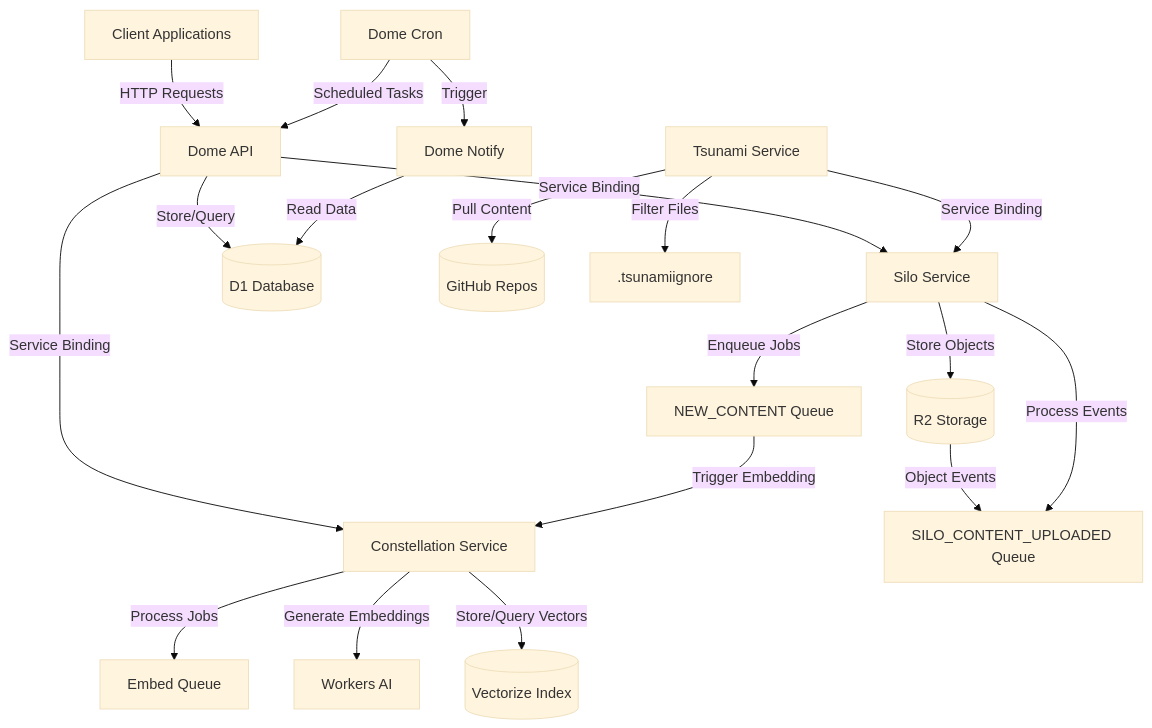
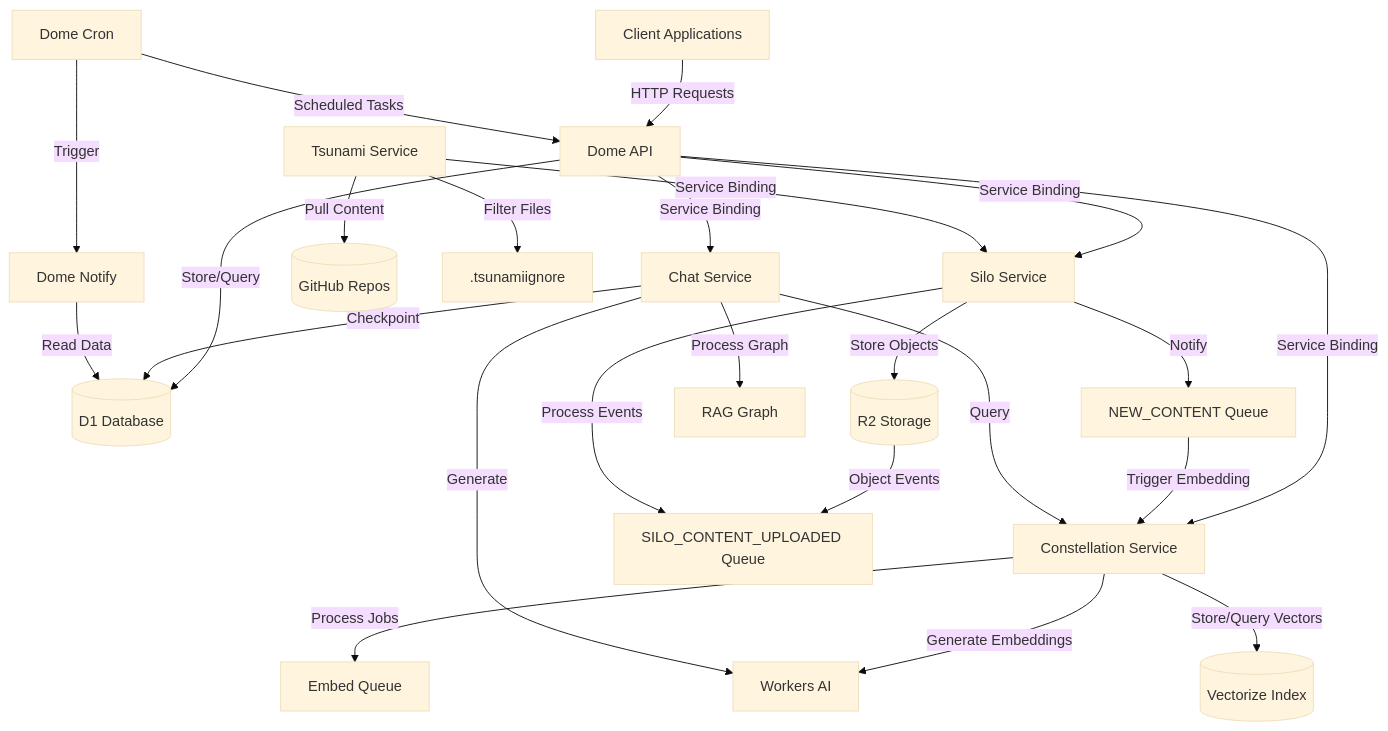
Before and after one commit to marktoda/dome: the first of 5 diagrams in README.md, drawn with Mermaid (base theme). The commit also changed other lines of this file, not shown here.

````diff
--- a/README.md
+++ b/README.md
@@ -9,27 +9,33 @@
 ```mermaid
 graph TD
     Client[Client Applications] -->|HTTP Requests| DomeAPI[Dome API]
 
     DomeAPI -->|Service Binding| Constellation[Constellation Service]
     DomeAPI -->|Service Binding| Silo[Silo Service]
+    DomeAPI -->|Service Binding| Chat[Chat Service]
     DomeAPI -->|Store/Query| D1[(D1 Database)]
 
     Silo -->|Store Objects| R2[(R2 Storage)]
-    Silo -->|Enqueue Jobs| NEW_CONTENT[NEW_CONTENT Queue]
+    Silo -->|Notify| NEW_CONTENT[NEW_CONTENT Queue]
     R2 -->|Object Events| SILO_CONTENT_UPLOADED[SILO_CONTENT_UPLOADED Queue]
     Silo -->|Process Events| SILO_CONTENT_UPLOADED
 
     Constellation -->|Process Jobs| EMBED_QUEUE[Embed Queue]
     Constellation -->|Generate Embeddings| WorkersAI[Workers AI]
     Constellation -->|Store/Query Vectors| Vectorize[(Vectorize Index)]
 
     NEW_CONTENT -->|Trigger Embedding| Constellation
 
+    Chat -->|Query| Constellation
+    Chat -->|Checkpoint| D1
+    Chat -->|Generate| WorkersAI
+    Chat -->|Process Graph| RAGGraph[RAG Graph]
+
     Tsunami[Tsunami Service] -->|Pull Content| GitHub[(GitHub Repos)]
     Tsunami -->|Service Binding| Silo
     Tsunami -->|Filter Files| TsunamiIgnore[.tsunamiignore]
 
     DomeCron[Dome Cron] -->|Scheduled Tasks| DomeAPI
     DomeCron -->|Trigger| DomeNotify[Dome Notify]
     DomeNotify -->|Read Data| D1
 ```
````
